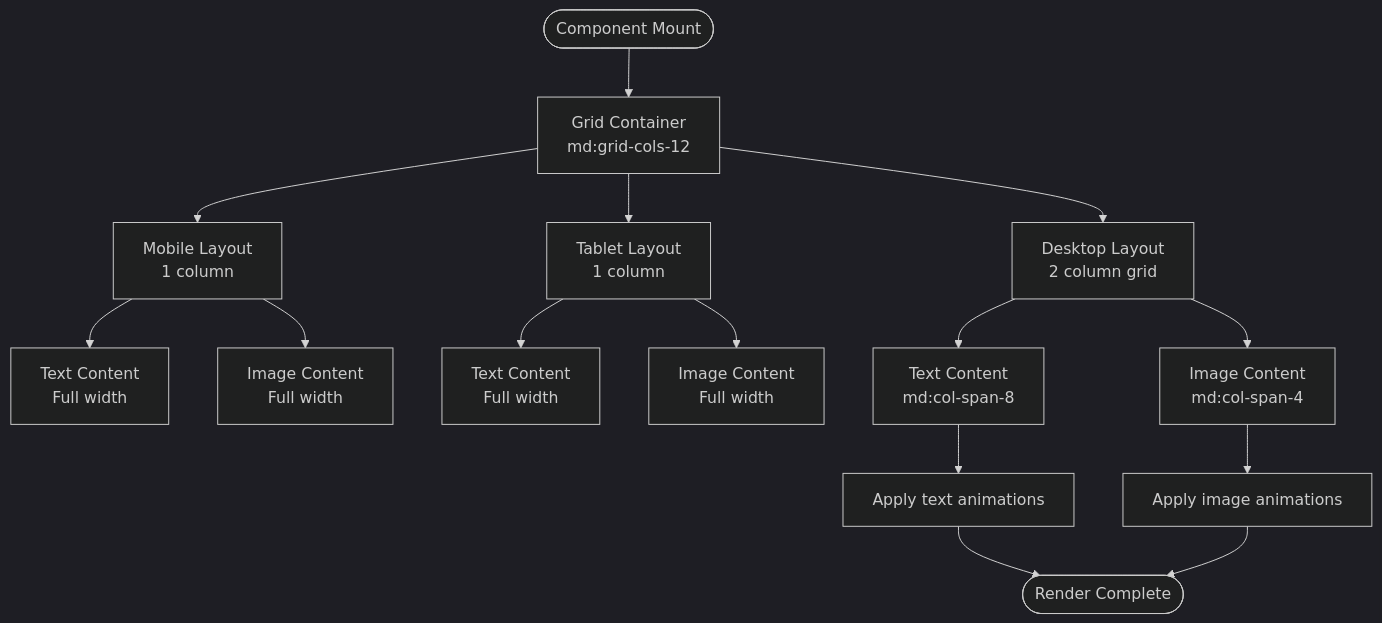
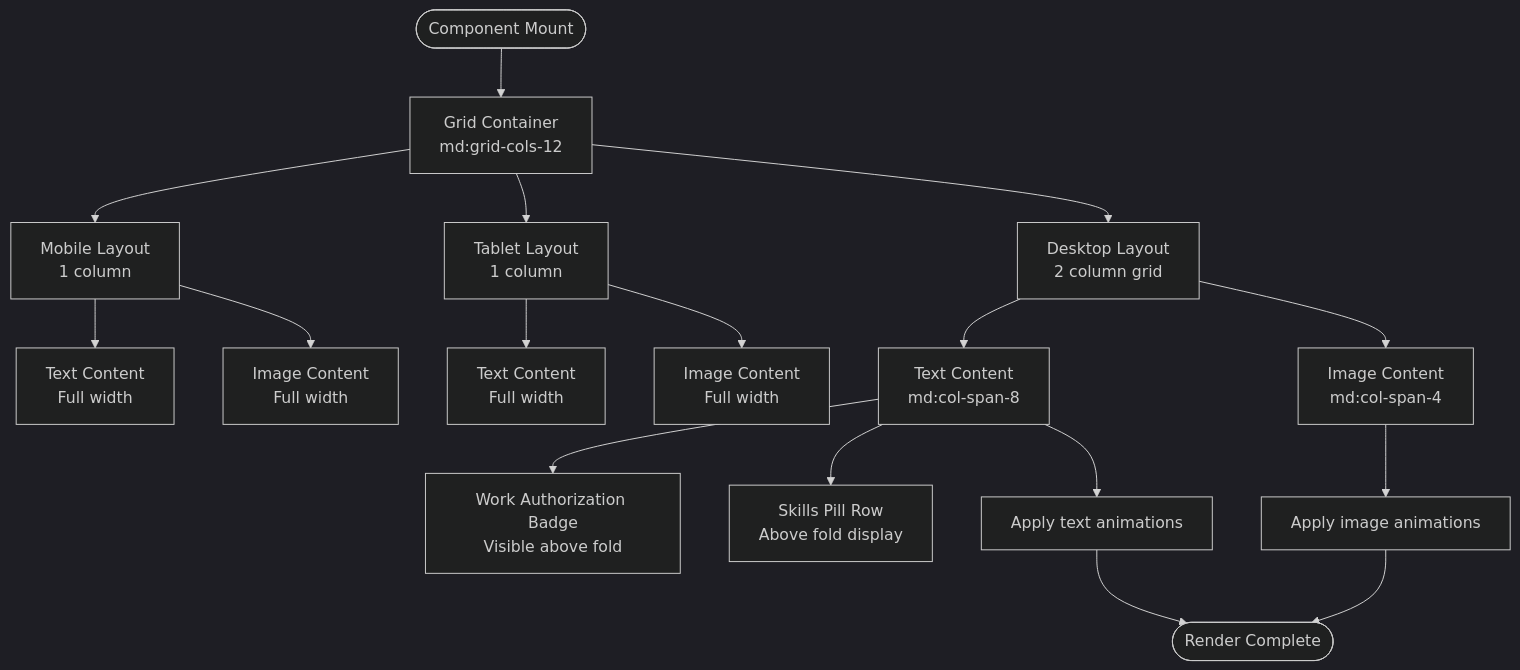
One commit to subash7781/Portfolio changed the third of 6 diagrams in .qoder/repowiki/en/content/Component Library & UI Elements/Hero Component.md. Above: the diagram before and after it, drawn with Mermaid (dark theme). The commit also changed other lines of this file and 8 other files, not shown here.

````diff
--- a/.qoder/repowiki/en/content/Component Library & UI Elements/Hero Component.md
+++ b/.qoder/repowiki/en/content/Component Library & UI Elements/Hero Component.md
@@ -126,17 +153,19 @@
 ```mermaid
 flowchart TD
 Start([Component Mount]) --> Container["Grid Container<br/>md:grid-cols-12"]
 Container --> Mobile["Mobile Layout<br/>1 column"]
 Container --> Tablet["Tablet Layout<br/>1 column"]
 Container --> Desktop["Desktop Layout<br/>2 column grid"]
 Mobile --> TextMobile["Text Content<br/>Full width"]
 Mobile --> ImageMobile["Image Content<br/>Full width"]
 Tablet --> TextTablet["Text Content<br/>Full width"]
 Tablet --> ImageTablet["Image Content<br/>Full width"]
 Desktop --> TextDesktop["Text Content<br/>md:col-span-8"]
 Desktop --> ImageDesktop["Image Content<br/>md:col-span-4"]
+TextDesktop --> WorkAuth["Work Authorization Badge<br/>Visible above fold"]
+TextDesktop --> SkillsRow["Skills Pill Row<br/>Above fold display"]
 TextDesktop --> Animations["Apply text animations"]
 ImageDesktop --> ImageEffects["Apply image animations"]
 Animations --> Complete([Render Complete])
 ImageEffects --> Complete
 ```
````
